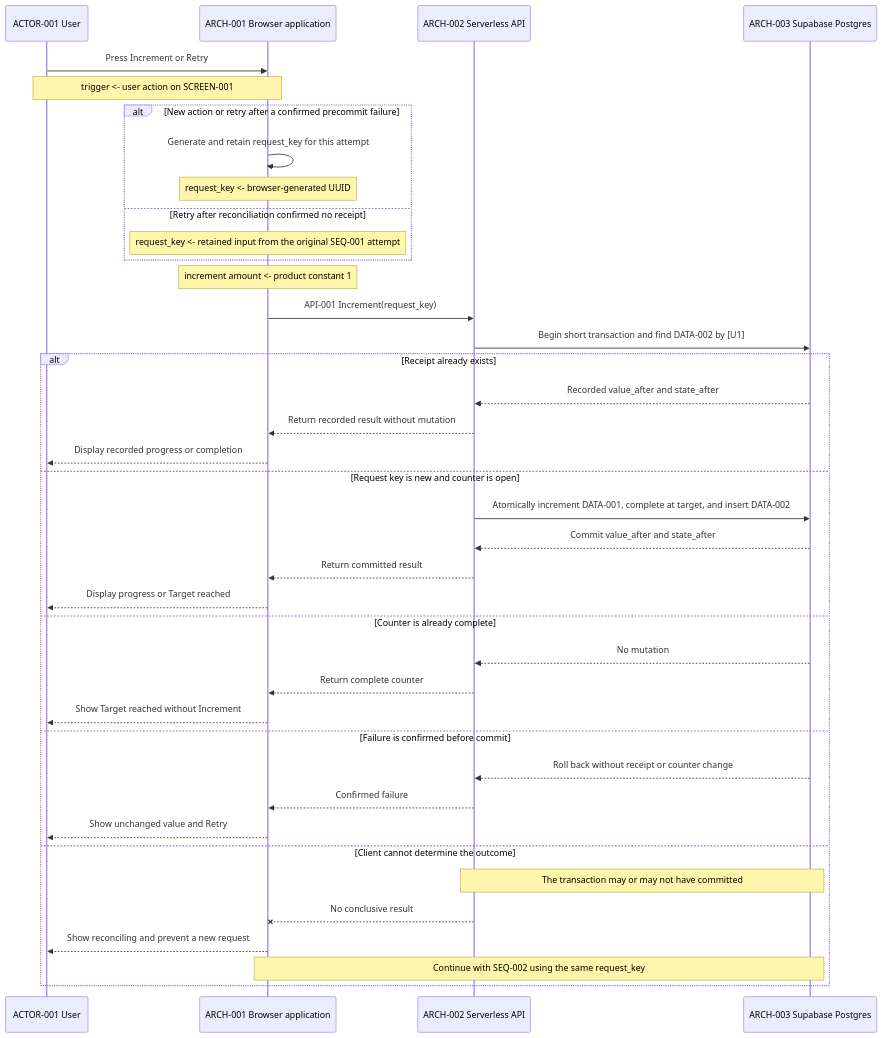
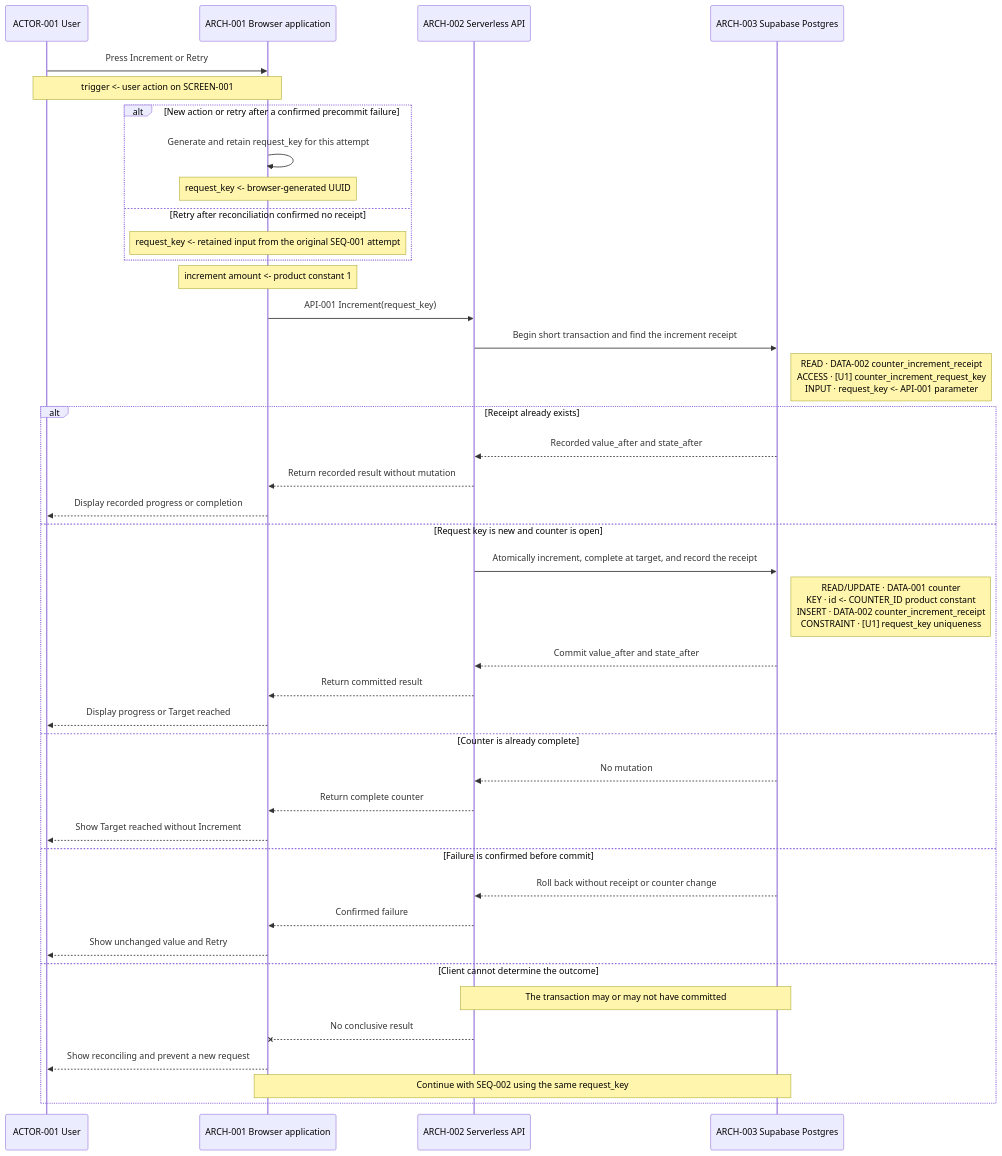
One commit to swabbie-dev/product-intent-package changed the first of 2 diagrams in skills/product-intent-manager/assets/example-product-intent-package/sequences/sequences.md. Above: the diagram before and after it, drawn with Mermaid. The commit also changed other lines of this file and 6 other files, not shown here.

Commit message:
docs: show database access in sequences

````diff
--- a/skills/product-intent-manager/assets/example-product-intent-package/sequences/sequences.md
+++ b/skills/product-intent-manager/assets/example-product-intent-package/sequences/sequences.md
@@ -10,42 +10,44 @@
 ```mermaid
 sequenceDiagram
   participant U as ACTOR-001 User
   participant B as ARCH-001 Browser application
   participant S as ARCH-002 Serverless API
   participant D as ARCH-003 Supabase Postgres
 
   U->>B: Press Increment or Retry
   Note over U,B: trigger <- user action on SCREEN-001
   alt New action or retry after a confirmed precommit failure
     B->>B: Generate and retain request_key for this attempt
     Note over B: request_key <- browser-generated UUID
   else Retry after reconciliation confirmed no receipt
     Note over B: request_key <- retained input from the original SEQ-001 attempt
   end
   Note over B: increment amount <- product constant 1
   B->>S: API-001 Increment(request_key)
-  S->>D: Begin short transaction and find DATA-002 by [U1]
+  S->>D: Begin short transaction and find the increment receipt
+  Note right of D: READ · DATA-002 counter_increment_receipt<br/>ACCESS · [U1] counter_increment_request_key<br/>INPUT · request_key <- API-001 parameter
   alt Receipt already exists
     D-->>S: Recorded value_after and state_after
     S-->>B: Return recorded result without mutation
     B-->>U: Display recorded progress or completion
   else Request key is new and counter is open
-    S->>D: Atomically increment DATA-001, complete at target, and insert DATA-002
+    S->>D: Atomically increment, complete at target, and record the receipt
+    Note right of D: READ/UPDATE · DATA-001 counter<br/>KEY · id <- COUNTER_ID product constant<br/>INSERT · DATA-002 counter_increment_receipt<br/>CONSTRAINT · [U1] request_key uniqueness
     D-->>S: Commit value_after and state_after
     S-->>B: Return committed result
     B-->>U: Display progress or Target reached
   else Counter is already complete
     D-->>S: No mutation
     S-->>B: Return complete counter
     B-->>U: Show Target reached without Increment
   else Failure is confirmed before commit
     D-->>S: Roll back without receipt or counter change
     S-->>B: Confirmed failure
     B-->>U: Show unchanged value and Retry
   else Client cannot determine the outcome
     Note over S,D: The transaction may or may not have committed
     S--xB: No conclusive result
     B-->>U: Show reconciling and prevent a new request
     Note over B,D: Continue with SEQ-002 using the same request_key
   end
 ```
````
